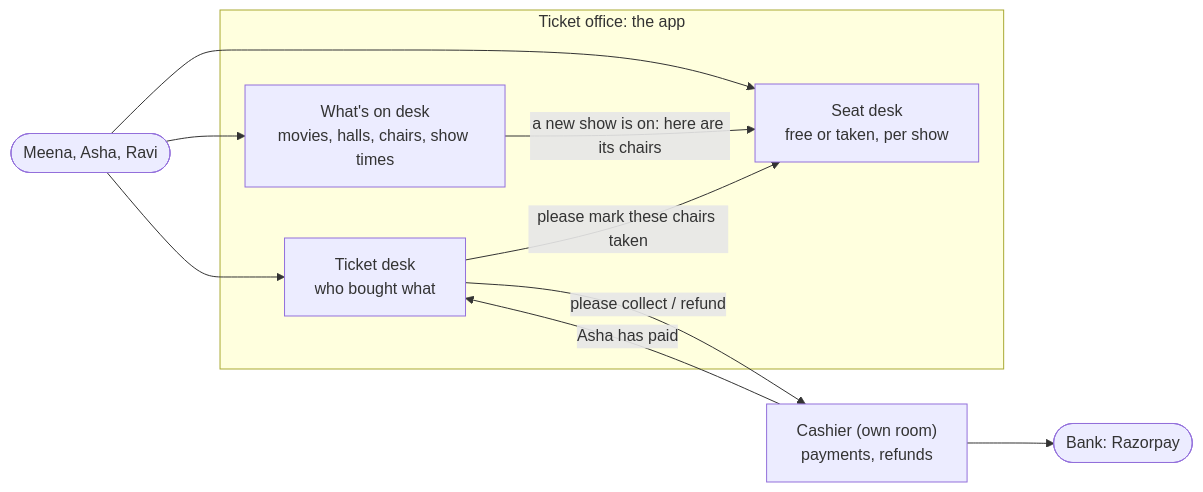
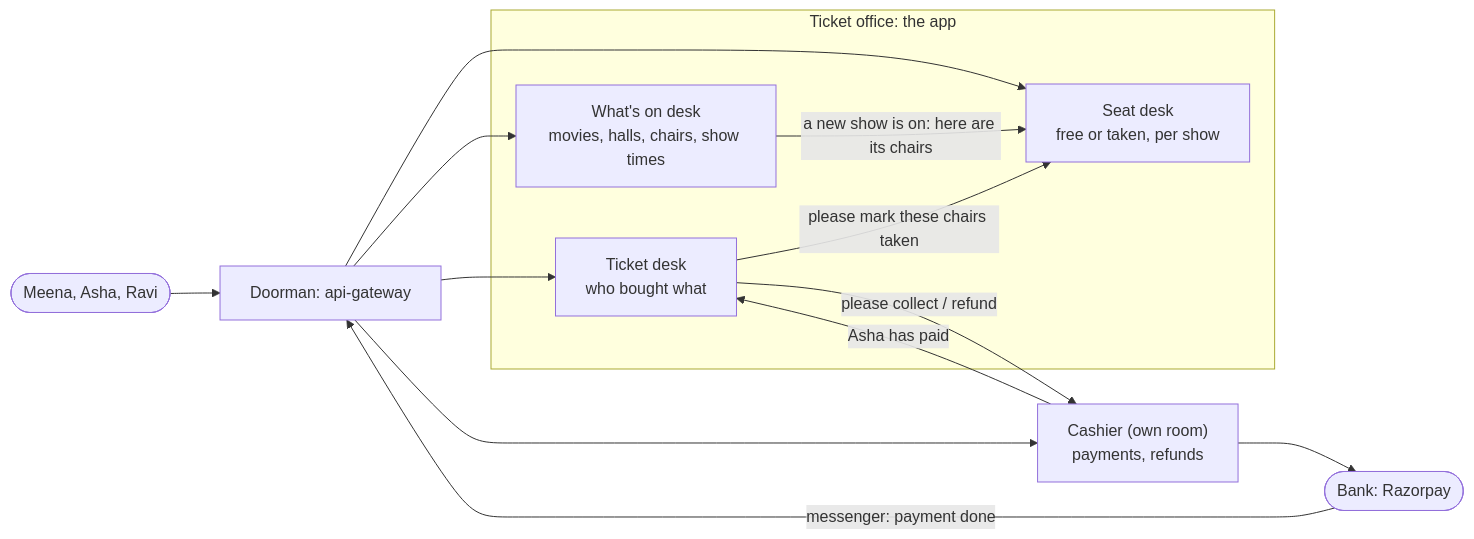
The first of 6 diagrams in docs/story.md (GopiSVDev/seat-lock), drawn with Mermaid before and after one commit. The commit also changed other lines of this file and 22 other files, not shown here.

First line of the commit message:
feat(gateway): api gateway as the single entry point

````diff
--- a/docs/story.md
+++ b/docs/story.md
@@ -63,19 +68,23 @@
 ```mermaid
 flowchart LR
     people(["Meena, Asha, Ravi"])
     subgraph office["Ticket office: the app"]
         whatson["What's on desk<br/>movies, halls, chairs, show times"]
         seats["Seat desk<br/>free or taken, per show"]
         tickets["Ticket desk<br/>who bought what"]
     end
-    people --> whatson
-    people --> seats
-    people --> tickets
+    door["Doorman: api-gateway"]
+    people --> door
+    door --> whatson
+    door --> seats
+    door --> tickets
     whatson -- "a new show is on: here are its chairs" --> seats
     tickets -- "please mark these chairs taken" --> seats
     cashier["Cashier (own room)<br/>payments, refunds"]
     bank(["Bank: Razorpay"])
     tickets -- "please collect / refund" --> cashier
     cashier -- "Asha has paid" --> tickets
     cashier --> bank
+    bank -- "messenger: payment done" --> door
+    door --> cashier
 ```
````
